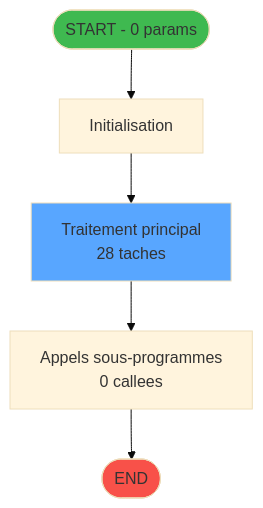
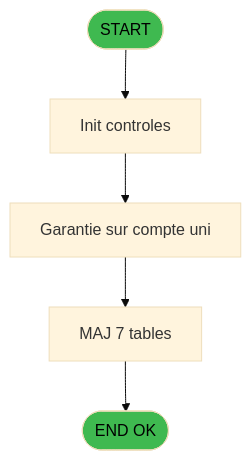
Before and after one commit to thonyAGP/magic-migration: the second of 4 diagrams in .openspec/specs/ADH-IDE-288.md, drawn with Mermaid (base theme). The commit also changed other lines of this file and 253 other files, not shown here.

````diff
--- a/.openspec/specs/ADH-IDE-288.md
+++ b/.openspec/specs/ADH-IDE-288.md
@@ -103,14 +1660,14 @@
 ```mermaid
 flowchart TD
-    START([START - 0 params])
-    INIT["Initialisation"]
-    PROCESS["Traitement principal<br/>28 taches"]
-    CALLS["Appels sous-programmes<br/>0 callees"]
-    ENDOK([END])
+    START([START])
+    INIT[Init controles]
+    SAISIE[Garantie sur compte uni]
+    UPDATE[MAJ 7 tables]
+    ENDOK([END OK])
 
-    START --> INIT --> PROCESS --> CALLS --> ENDOK
+    START --> INIT --> SAISIE
+    SAISIE --> UPDATE --> ENDOK
 
-    style START fill:#3fb950
-    style ENDOK fill:#f85149
-    style PROCESS fill:#58a6ff
+    style START fill:#3fb950,color:#000
+    style ENDOK fill:#3fb950,color:#000
 ```
````
